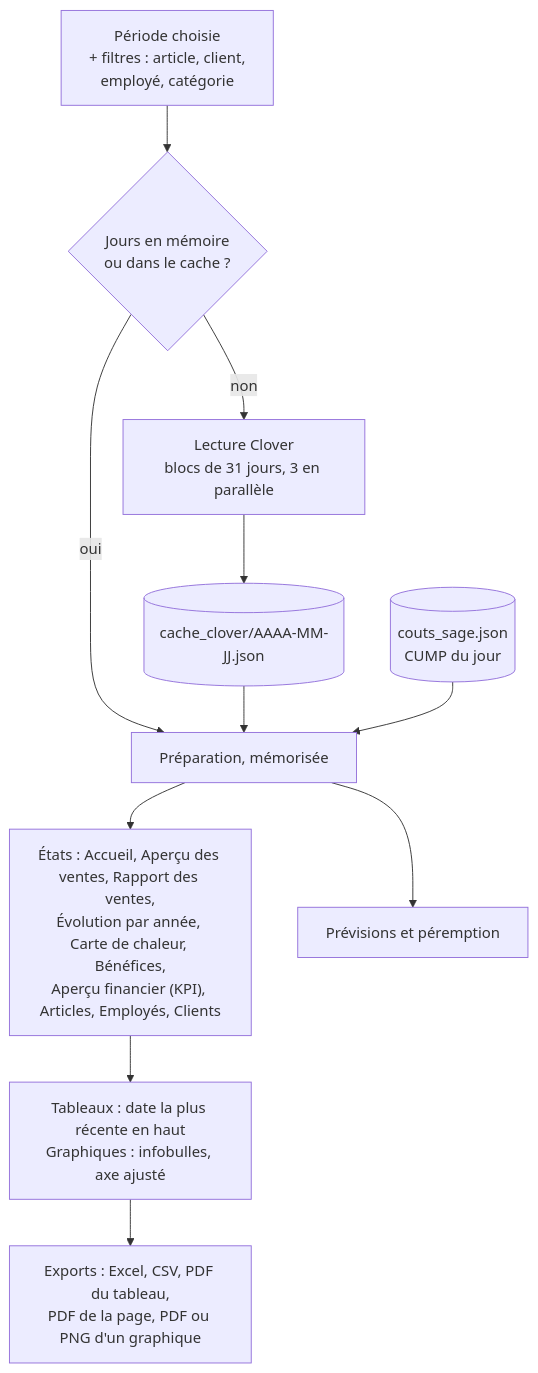
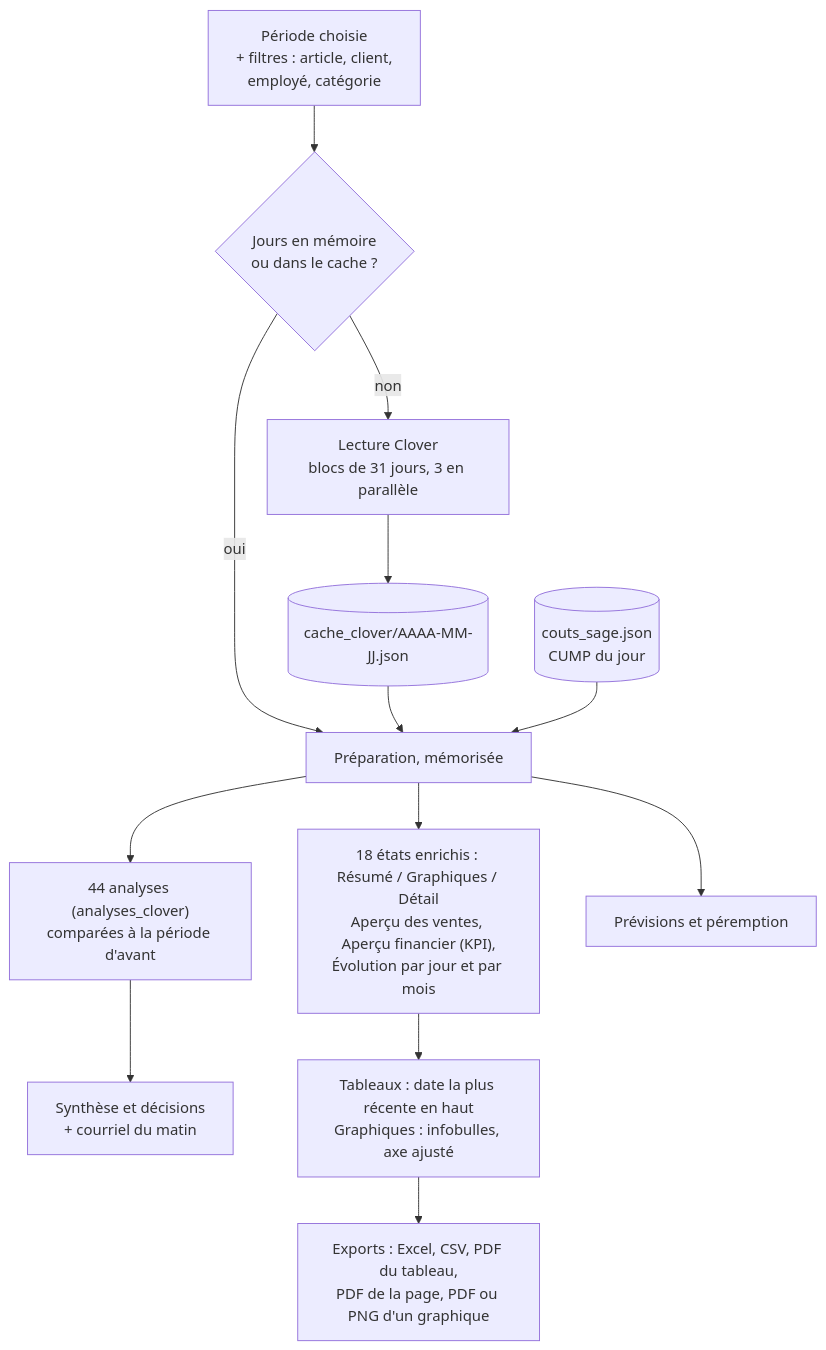
One commit to mteingueng-dot/MVOGMBI_Sync_2026.1 changed diagram 11 of 23 in ARCHITECTURE.md. Above: the diagram before and after it, drawn with Mermaid. The commit also changed other lines of this file and 32 other files, not shown here.

First line of the commit message:
Version 1.0.0 : numérotation remise à zéro, filtres du Détail des états, documentation complète

````diff
--- a/ARCHITECTURE.md
+++ b/ARCHITECTURE.md
@@ -395,11 +397,12 @@
 ```mermaid
 flowchart TD
     Q["Période choisie<br/>+ filtres : article, client,<br/>employé, catégorie"] --> M{"Jours en mémoire<br/>ou dans le cache ?"}
     M -- oui --> P["Préparation, mémorisée"]
     M -- non --> F["Lecture Clover<br/>blocs de 31 jours, 3 en parallèle"] --> C[("cache_clover/AAAA-MM-JJ.json")] --> P
     K[("couts_sage.json<br/>CUMP du jour")] --> P
-    P --> V["États : Accueil, Aperçu des ventes, Rapport des ventes,<br/>Évolution par année, Carte de chaleur, Bénéfices,<br/>Aperçu financier (KPI), Articles, Employés, Clients"]
+    P --> V["18 états enrichis : Résumé / Graphiques / Détail<br/>Aperçu des ventes, Aperçu financier (KPI),<br/>Évolution par jour et par mois"]
+    P --> AN["44 analyses (analyses_clover)<br/>comparées à la période d'avant"] --> SY["Synthèse et décisions<br/>+ courriel du matin"]
     P --> PR["Prévisions et péremption"]
     V --> G["Tableaux : date la plus récente en haut<br/>Graphiques : infobulles, axe ajusté"]
     G --> X["Exports : Excel, CSV, PDF du tableau,<br/>PDF de la page, PDF ou PNG d'un graphique"]
 ```
````
